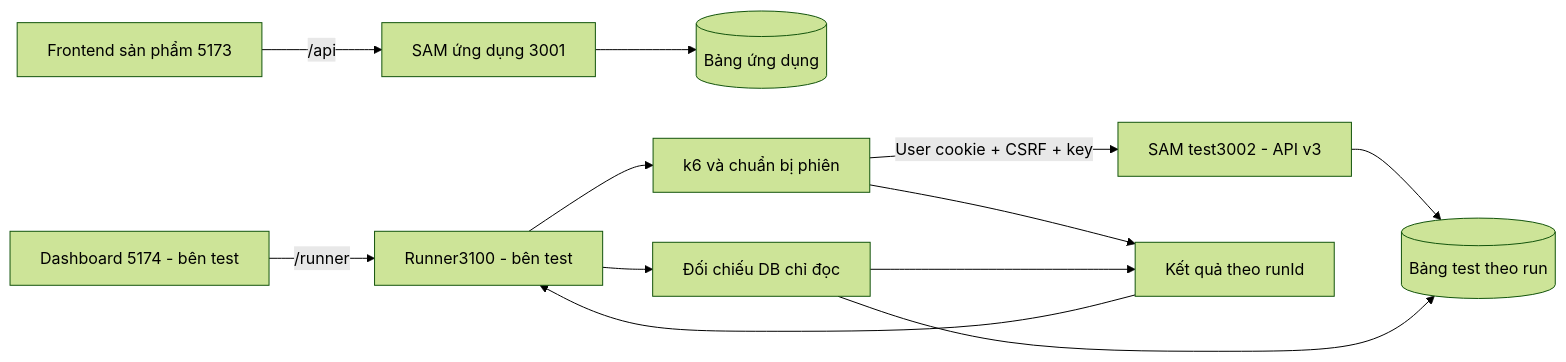
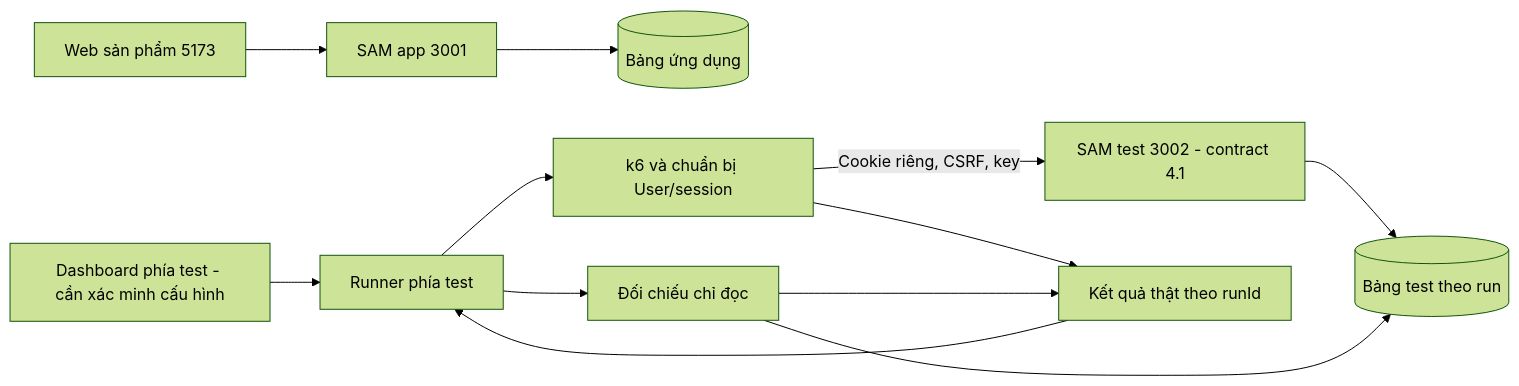
Before and after one commit to leanhquan0211/FCAJ-23521254-23521225: the diagram in quan-worklog/phoi-hop.md, drawn with Mermaid (forest theme). The commit also changed other lines of this file and 9 other files, not shown here.

Commit message:
docs: consolidate Phuc week 4 session and test handoff

````diff
--- a/quan-worklog/phoi-hop.md
+++ b/quan-worklog/phoi-hop.md
@@ -75,14 +124,14 @@
 ```mermaid
 flowchart LR
-  Buyer[Frontend sản phẩm 5173] -->|/api| App[SAM ứng dụng 3001]
-  App --> MainDB[(Bảng ứng dụng)]
-  Dashboard[Dashboard 5174 - bên test] -->|/runner| Runner[Runner3100 - bên test]
-  Runner --> K6[k6 và chuẩn bị phiên]
-  K6 -->|User cookie + CSRF + key| TestAPI[SAM test3002 - API v3]
-  TestAPI --> TestDB[(Bảng test theo run)]
-  Runner --> Audit[Đối chiếu DB chỉ đọc]
-  Audit --> TestDB
-  K6 --> Report[Kết quả theo runId]
-  Audit --> Report
-  Report --> Runner
+    Web[Web sản phẩm 5173] --> App[SAM app 3001]
+    App --> Main[(Bảng ứng dụng)]
+    Dashboard[Dashboard phía test - cần xác minh cấu hình] --> Runner[Runner phía test]
+    Runner --> K6[k6 và chuẩn bị User/session]
+    K6 -->|Cookie riêng, CSRF, key| TestAPI[SAM test 3002 - contract 4.1]
+    TestAPI --> TestDB[(Bảng test theo run)]
+    Runner --> Audit[Đối chiếu chỉ đọc]
+    Audit --> TestDB
+    K6 --> Results[Kết quả thật theo runId]
+    Audit --> Results
+    Results --> Runner
 ```
````
